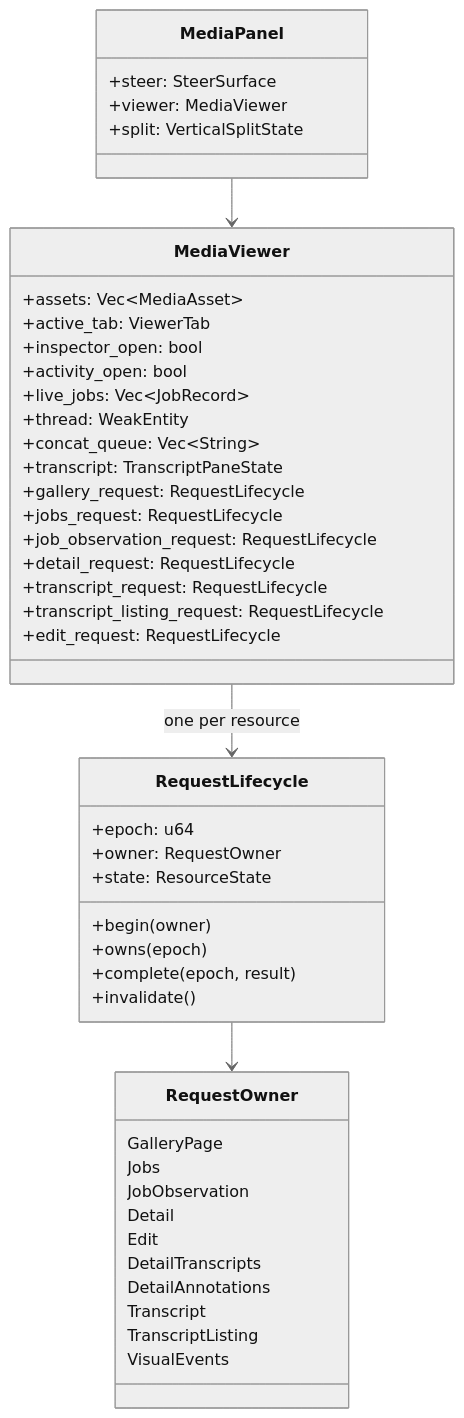
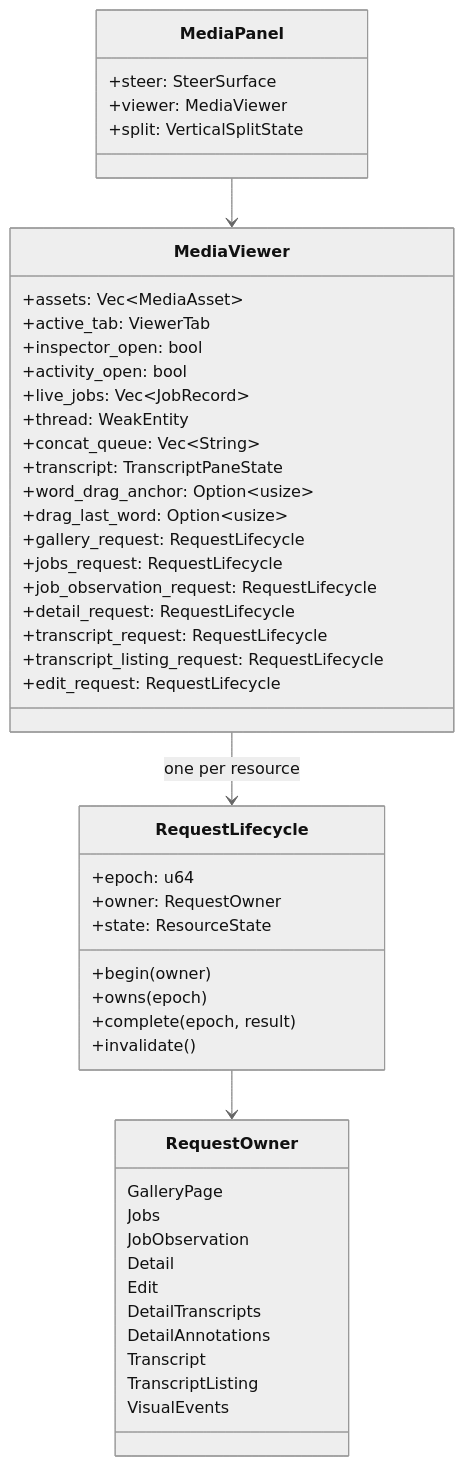
Before and after one commit to mdz-axo/zed-kask: the first of 2 diagrams in kask/docs/diataxis/media_panel/reference.md, drawn with Mermaid (neutral theme). The commit also changed other lines of this file, not shown here.

````diff
--- a/kask/docs/diataxis/media_panel/reference.md
+++ b/kask/docs/diataxis/media_panel/reference.md
@@ -98,49 +98,51 @@
 ```mermaid
 classDiagram
     class MediaPanel {
         +steer: SteerSurface
         +viewer: MediaViewer
         +split: VerticalSplitState
     }
     class MediaViewer {
         +assets: Vec~MediaAsset~
         +active_tab: ViewerTab
         +inspector_open: bool
         +activity_open: bool
         +live_jobs: Vec~JobRecord~
         +thread: WeakEntity
         +concat_queue: Vec~String~
         +transcript: TranscriptPaneState
+        +word_drag_anchor: Option~usize~
+        +drag_last_word: Option~usize~
         +gallery_request: RequestLifecycle
         +jobs_request: RequestLifecycle
         +job_observation_request: RequestLifecycle
         +detail_request: RequestLifecycle
         +transcript_request: RequestLifecycle
         +transcript_listing_request: RequestLifecycle
         +edit_request: RequestLifecycle
     }
     class RequestLifecycle {
         +epoch: u64
         +owner: RequestOwner
         +state: ResourceState
         +begin(owner)
         +owns(epoch)
         +complete(epoch, result)
         +invalidate()
     }
     class RequestOwner {
         GalleryPage
         Jobs
         JobObservation
         Detail
         Edit
         DetailTranscripts
         DetailAnnotations
         Transcript
         TranscriptListing
         VisualEvents
     }
     MediaPanel --> MediaViewer
     MediaViewer --> RequestLifecycle : one per resource
     RequestLifecycle --> RequestOwner
 ```
````
